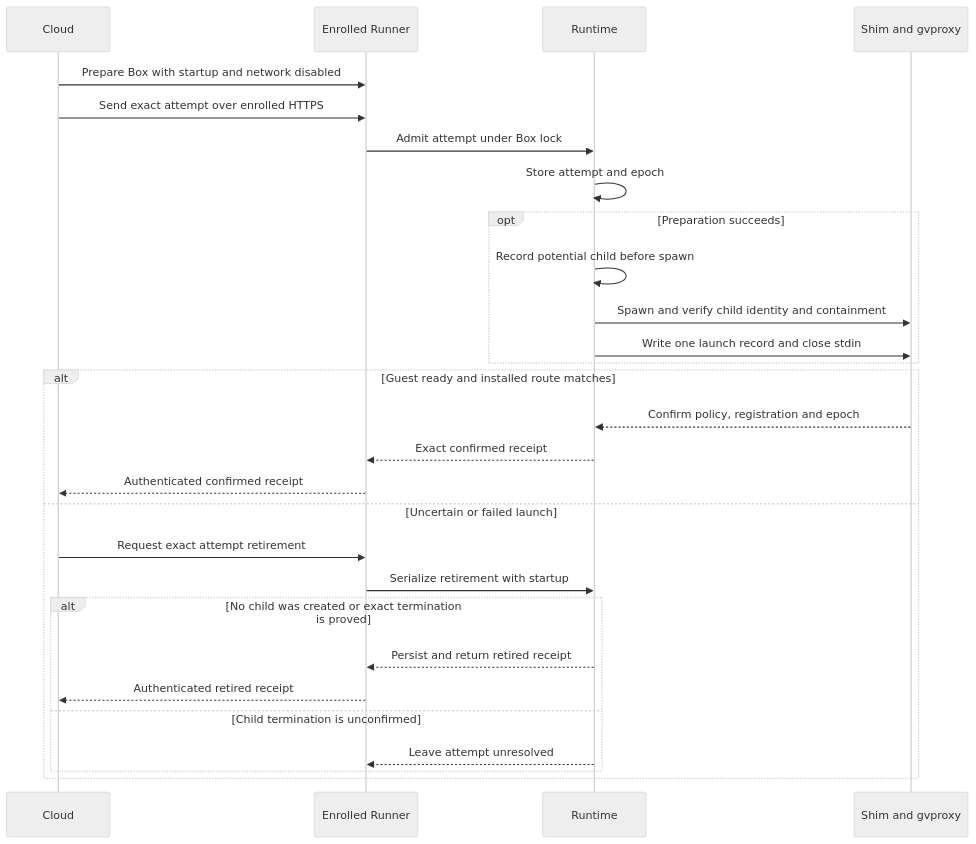
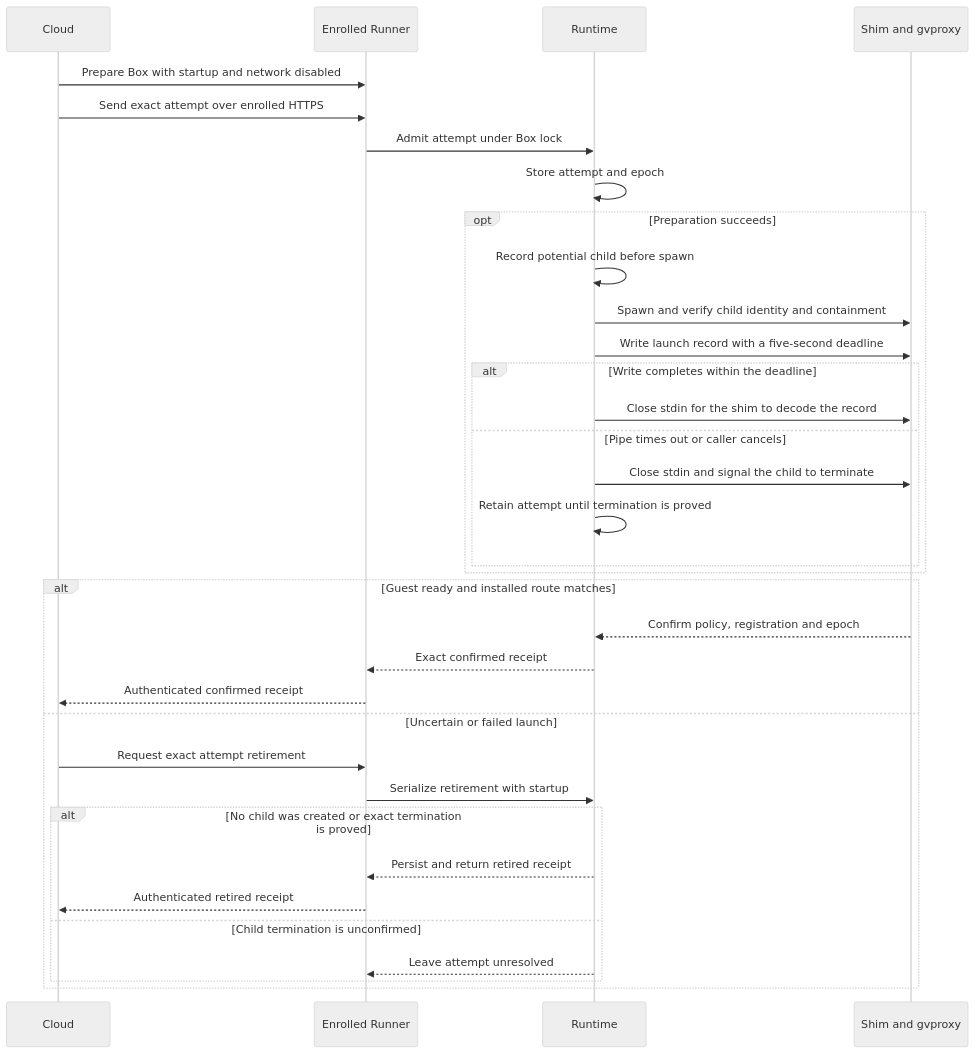
One commit to boxlite-ai/boxlite changed the fifth of 5 diagrams in docs/contributing/architecture/outbound-proxy-contract.md. Above: the diagram before and after it, drawn with Mermaid (neutral theme). The commit also changed other lines of this file and 2 other files, not shown here.

Commit message:
fix(network): await protected shim startup asynchronously

````diff
--- a/docs/contributing/architecture/outbound-proxy-contract.md
+++ b/docs/contributing/architecture/outbound-proxy-contract.md
@@ -284,30 +286,36 @@
 ```mermaid
 sequenceDiagram
     participant Cloud
     participant Runner as Enrolled Runner
     participant Runtime
     participant Shim as Shim and gvproxy
     Cloud->>Runner: Prepare Box with startup and network disabled
     Cloud->>Runner: Send exact attempt over enrolled HTTPS
     Runner->>Runtime: Admit attempt under Box lock
     Runtime->>Runtime: Store attempt and epoch
     opt Preparation succeeds
         Runtime->>Runtime: Record potential child before spawn
         Runtime->>Shim: Spawn and verify child identity and containment
-        Runtime->>Shim: Write one launch record and close stdin
+        Runtime->>Shim: Write launch record with a five-second deadline
+        alt Write completes within the deadline
+            Runtime->>Shim: Close stdin for the shim to decode the record
+        else Pipe times out or caller cancels
+            Runtime->>Shim: Close stdin and signal the child to terminate
+            Runtime->>Runtime: Retain attempt until termination is proved
+        end
     end
     alt Guest ready and installed route matches
         Shim-->>Runtime: Confirm policy, registration and epoch
         Runtime-->>Runner: Exact confirmed receipt
         Runner-->>Cloud: Authenticated confirmed receipt
     else Uncertain or failed launch
         Cloud->>Runner: Request exact attempt retirement
         Runner->>Runtime: Serialize retirement with startup
         alt No child was created or exact termination is proved
             Runtime-->>Runner: Persist and return retired receipt
             Runner-->>Cloud: Authenticated retired receipt
         else Child termination is unconfirmed
             Runtime-->>Runner: Leave attempt unresolved
         end
     end
 ```
````
